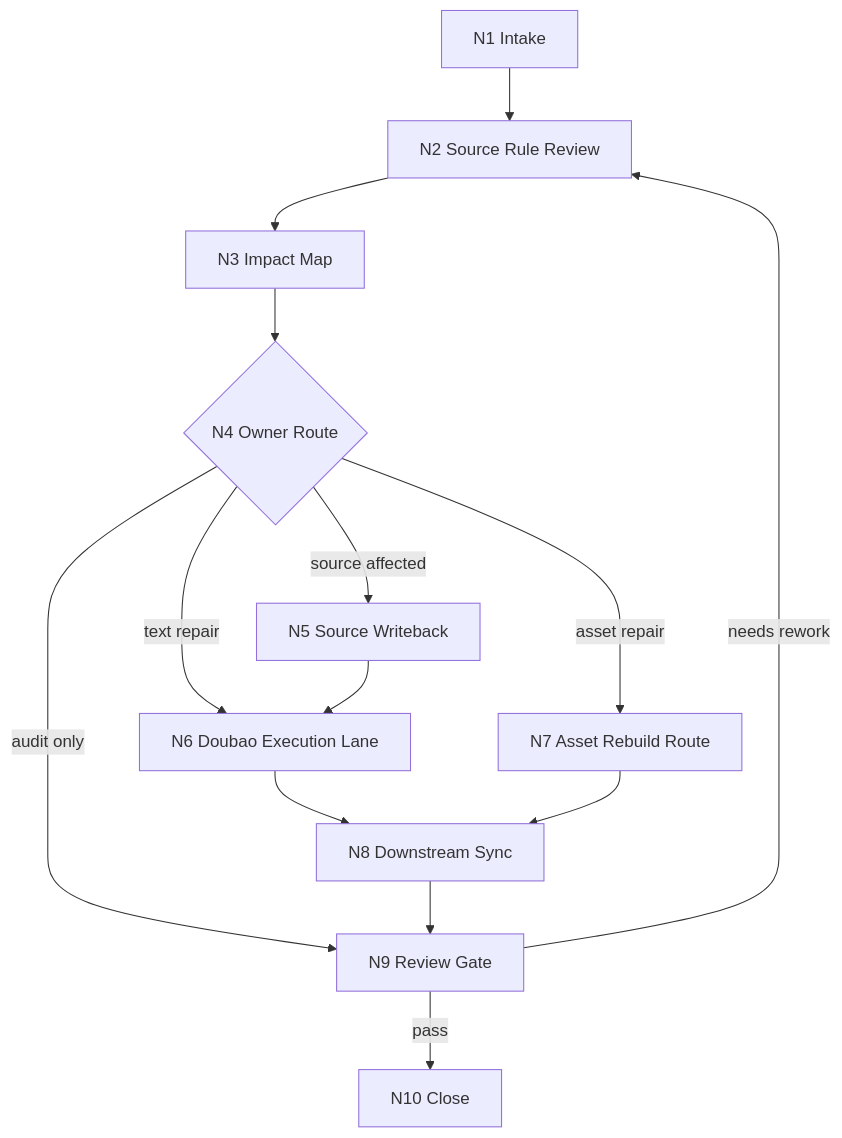
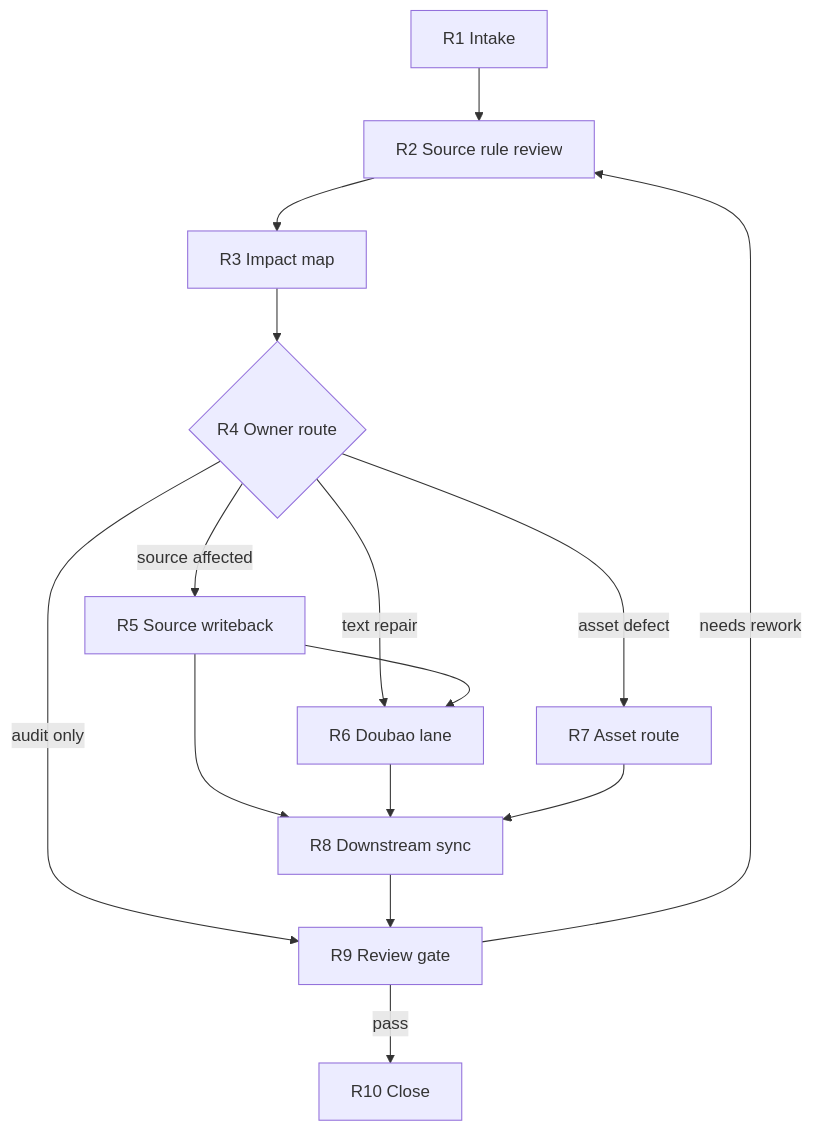
Before and after one commit to ZEN-VOID/AI-CUT: the diagram in .agents/skills/aigc/repair/SKILL.md, drawn with Mermaid. The commit also changed other lines of this file and 739 other files, not shown here.

````diff
--- a/.agents/skills/aigc/repair/SKILL.md
+++ b/.agents/skills/aigc/repair/SKILL.md
@@ -111,16 +107,17 @@
 ```mermaid
 flowchart TD
-    A["N1 Intake"] --> B["N2 Source Rule Review"]
-    B --> C["N3 Impact Map"]
-    C --> D{"N4 Owner Route"}
-    D -->|"source affected"| E["N5 Source Writeback"]
-    D -->|"text repair"| F["N6 Doubao Execution Lane"]
-    D -->|"asset repair"| G["N7 Asset Rebuild Route"]
-    D -->|"audit only"| I["N9 Review Gate"]
+    A["R1 Intake"] --> B["R2 Source rule review"]
+    B --> C["R3 Impact map"]
+    C --> D{"R4 Owner route"}
+    D -->|"source affected"| E["R5 Source writeback"]
+    D -->|"text repair"| F["R6 Doubao lane"]
+    D -->|"asset defect"| G["R7 Asset route"]
+    D -->|"audit only"| I["R9 Review gate"]
     E --> F
-    F --> H["N8 Downstream Sync"]
+    E --> H["R8 Downstream sync"]
+    F --> H
     G --> H
     H --> I
-    I -->|"pass"| J["N10 Close"]
+    I -->|"pass"| J["R10 Close"]
     I -->|"needs rework"| B
 ```
````
